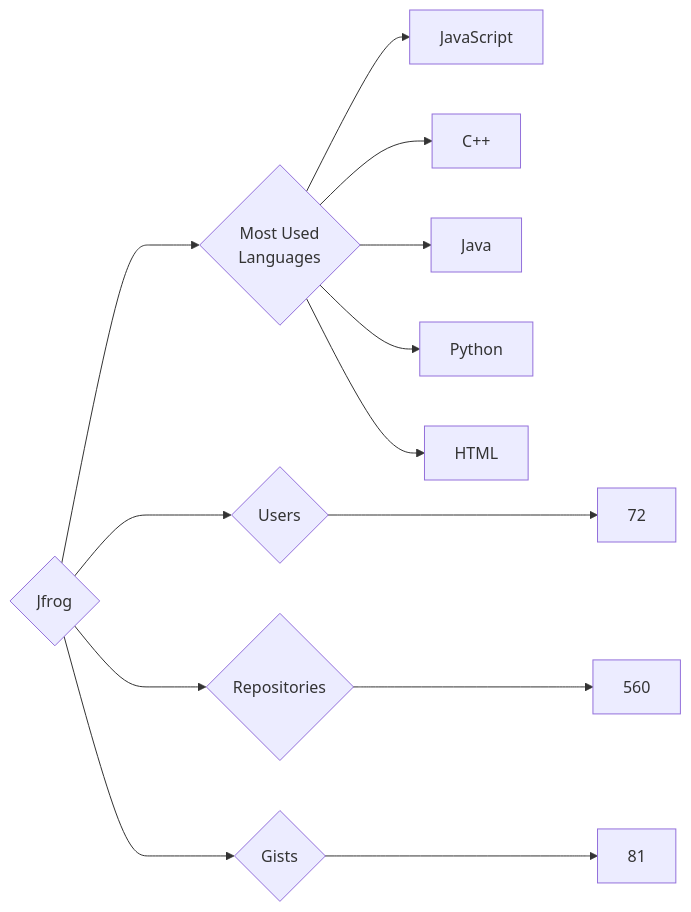
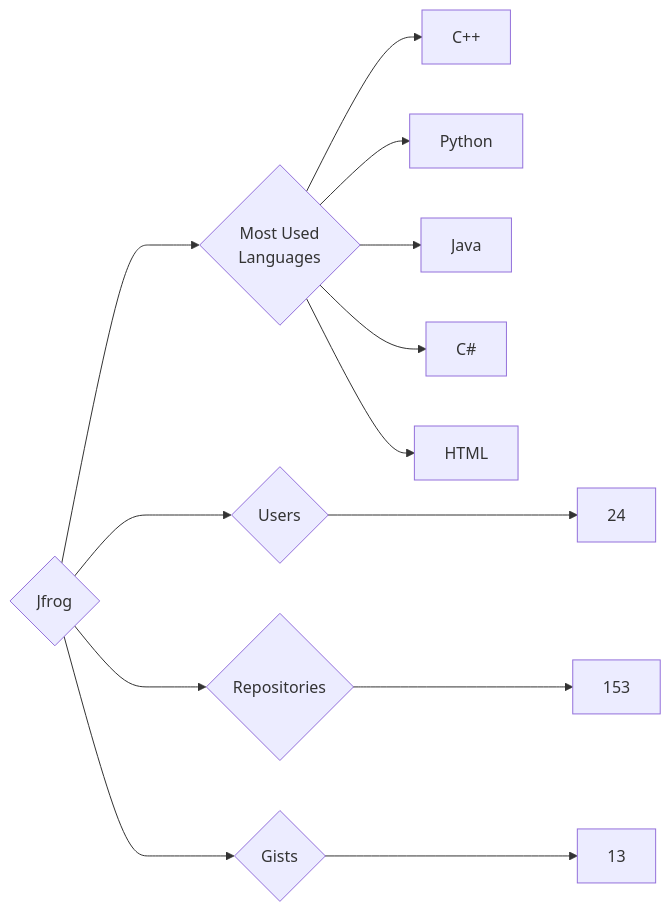
The diagram in targets/Jfrog/README.md (trickest/insiders), drawn with Mermaid before and after one commit. The commit also changed 1496 other files, not shown here.

````diff
--- a/targets/Jfrog/README.md
+++ b/targets/Jfrog/README.md
@@ -3,13 +3,13 @@
 ```mermaid
 graph LR
 COMPANY_NAME{Jfrog}
-COMPANY_NAME ---> U{Users} ---> UN[72]
-COMPANY_NAME ---> R{Repositories} ---> RN[560]
-COMPANY_NAME ---> G{Gists} ---> GN[81]
+COMPANY_NAME ---> U{Users} ---> UN[24]
+COMPANY_NAME ---> R{Repositories} ---> RN[153]
+COMPANY_NAME ---> G{Gists} ---> GN[13]
 COMPANY_NAME ---> ML{Most Used<br>Languages}
-ML --> JavaScript[JavaScript]
 ML --> C++[C++]
+ML --> Python[Python]
 ML --> Java[Java]
-ML --> Python[Python]
+ML --> C#[C#]
 ML --> HTML[HTML]
 ```
````
